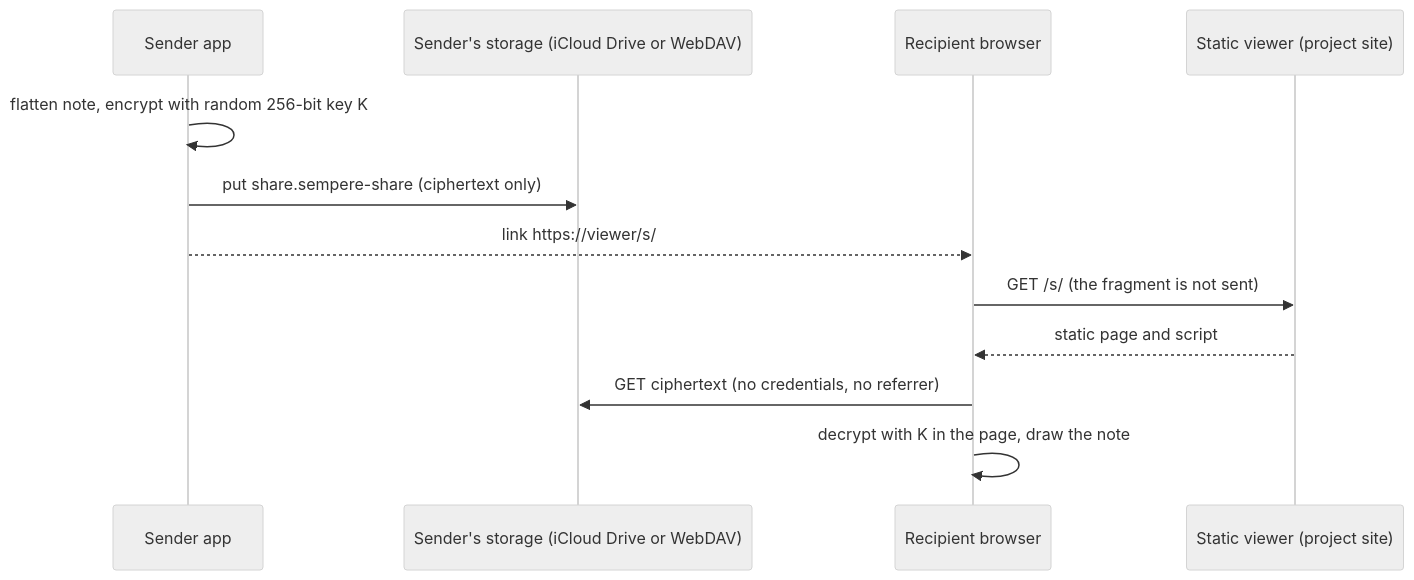
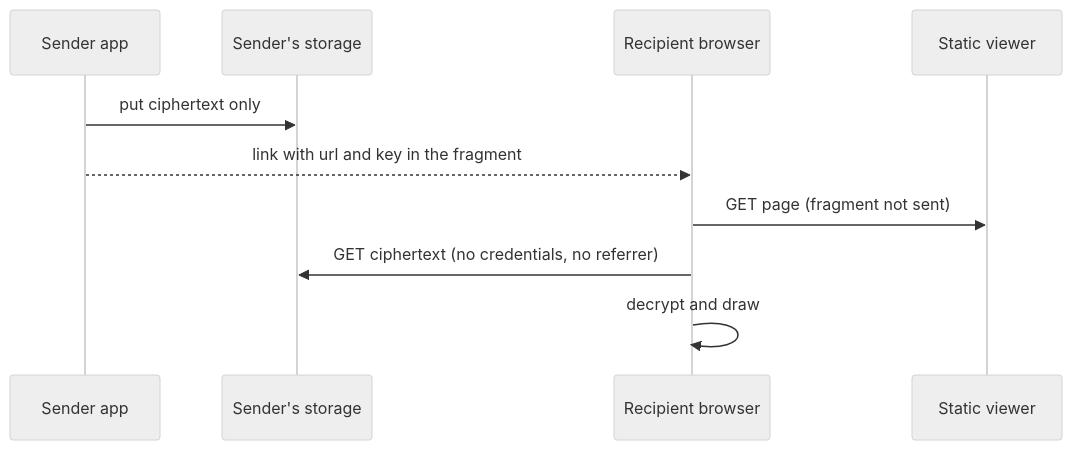
Before and after one commit to anthonytw/sempere: the second of 2 diagrams in docs/design/1.3-share.md, drawn with Mermaid (neutral theme). The commit also changed other lines of this file and 3 other files, not shown here.

````diff
--- a/docs/design/1.3-share.md
+++ b/docs/design/1.3-share.md
@@ -184,14 +200,12 @@
 ```mermaid
 sequenceDiagram
   participant S as Sender app
-  participant H as Sender's storage (iCloud Drive or WebDAV)
+  participant H as Sender's storage
   participant R as Recipient browser
-  participant V as Static viewer (project site)
-  S->>S: flatten note, encrypt with random 256-bit key K
-  S->>H: put share.sempere-share (ciphertext only)
-  S-->>R: link  https://viewer/s/#u=<url of ciphertext>&k=<K>
-  R->>V: GET /s/ (the fragment is not sent)
-  V-->>R: static page and script
+  participant V as Static viewer
+  S->>H: put ciphertext only
+  S-->>R: link with url and key in the fragment
+  R->>V: GET page (fragment not sent)
   R->>H: GET ciphertext (no credentials, no referrer)
-  R->>R: decrypt with K in the page, draw the note
+  R->>R: decrypt and draw
 ```
````
